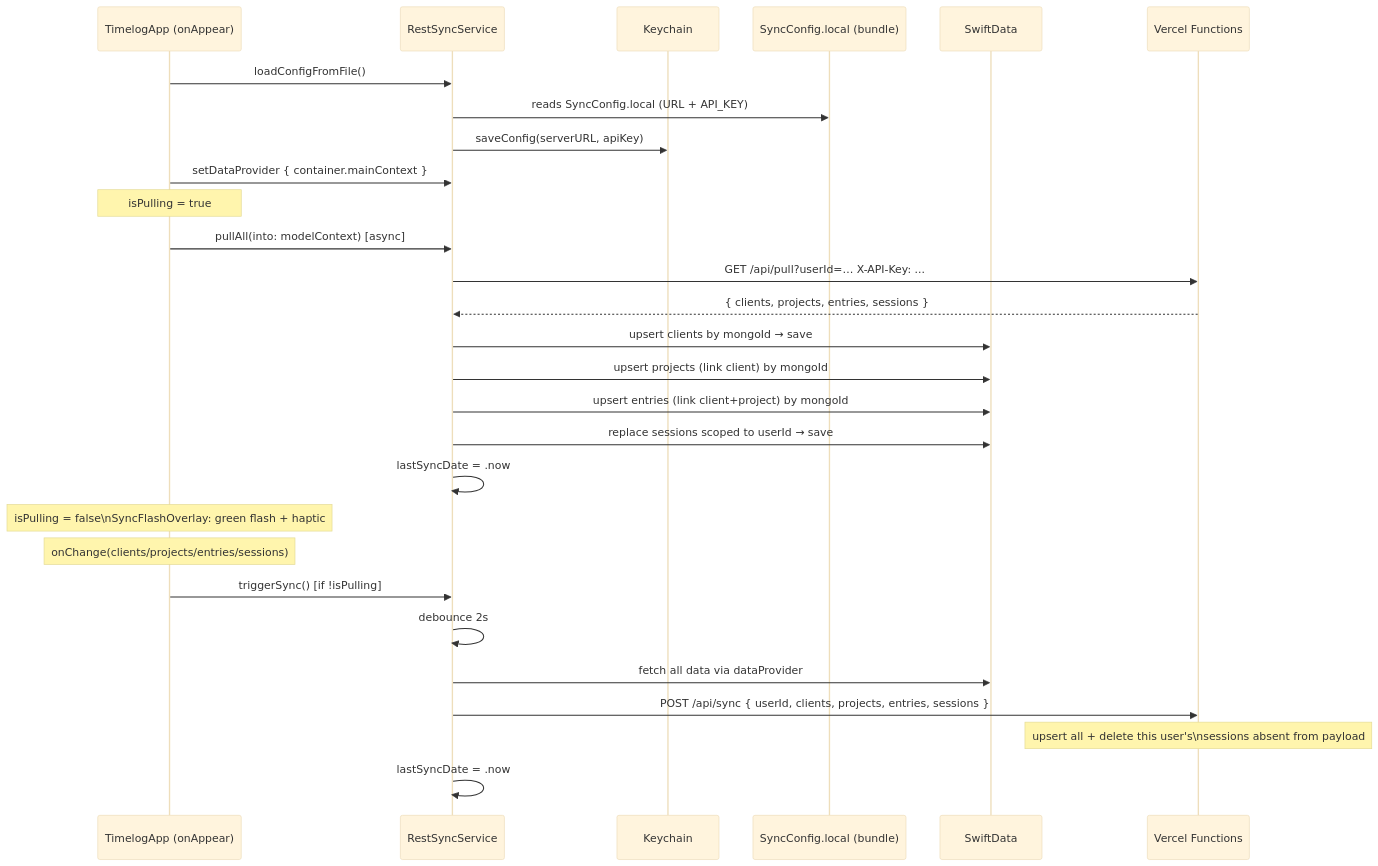
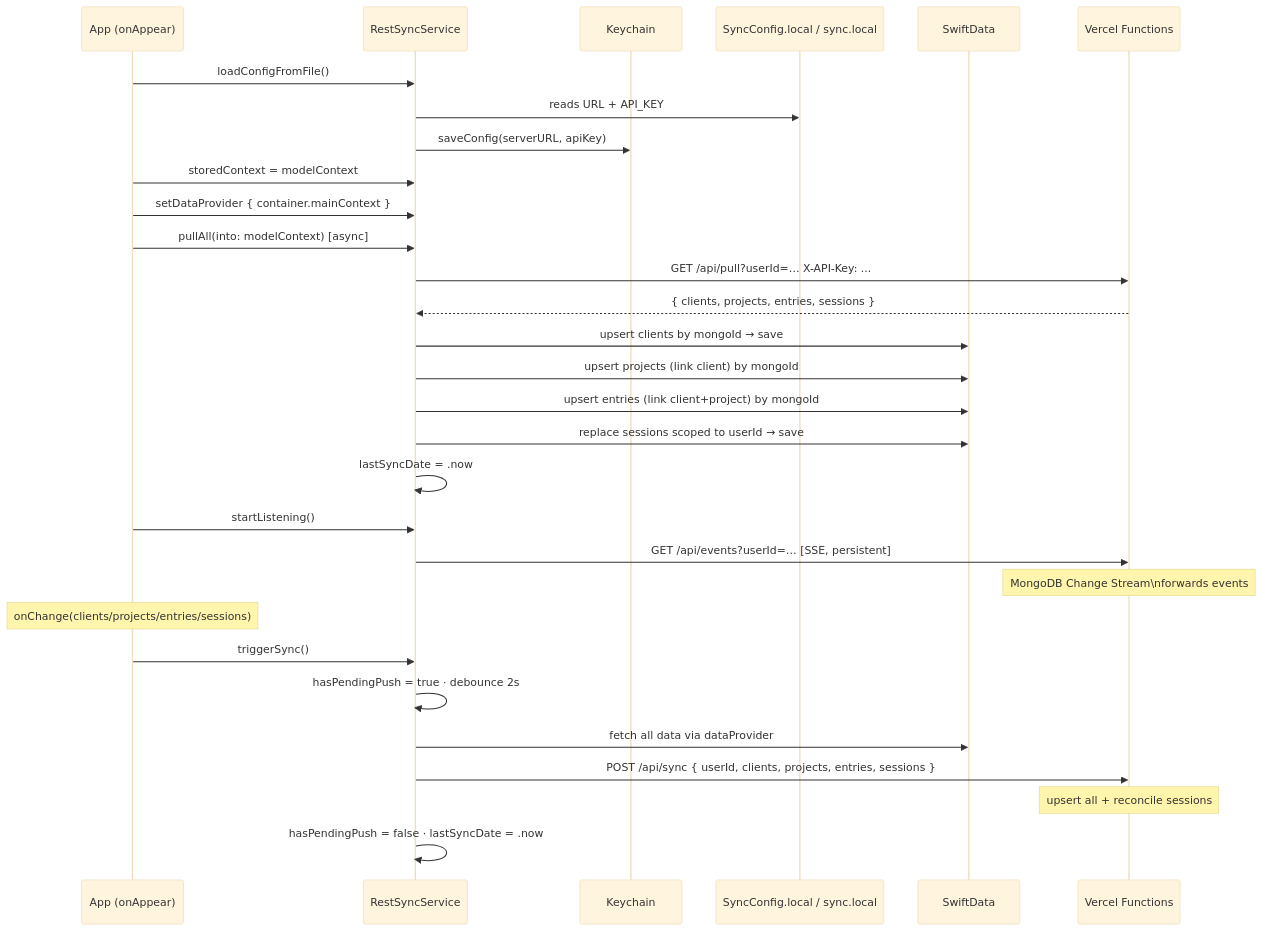
One commit to albertobarrago/timelog changed the third of 10 diagrams in docs/03-flows.md. Above: the diagram before and after it, drawn with Mermaid (base theme). The commit also changed other lines of this file and 26 other files, not shown here.

First line of the commit message:
feat(sync): replace MongoKitten with unified SSE-based sync

````diff
--- a/docs/03-flows.md
+++ b/docs/03-flows.md
@@ -53,35 +53,38 @@
 ```mermaid
 sequenceDiagram
-    participant App as TimelogApp (onAppear)
+    participant App as App (onAppear)
     participant RSS as RestSyncService
     participant KCH as Keychain
-    participant File as SyncConfig.local (bundle)
+    participant File as SyncConfig.local / sync.local
     participant SD as SwiftData
     participant VCL as Vercel Functions
 
     App->>RSS: loadConfigFromFile()
-    RSS->>File: reads SyncConfig.local (URL + API_KEY)
+    RSS->>File: reads URL + API_KEY
     RSS->>KCH: saveConfig(serverURL, apiKey)
 
+    App->>RSS: storedContext = modelContext
     App->>RSS: setDataProvider { container.mainContext }
-    Note over App: isPulling = true
 
     App->>RSS: pullAll(into: modelContext) [async]
     RSS->>VCL: GET /api/pull?userId=…  X-API-Key: ...
     VCL-->>RSS: { clients, projects, entries, sessions }
 
     RSS->>SD: upsert clients by mongoId → save
     RSS->>SD: upsert projects (link client) by mongoId
     RSS->>SD: upsert entries (link client+project) by mongoId
     RSS->>SD: replace sessions scoped to userId → save
     RSS->>RSS: lastSyncDate = .now
-    Note over App: isPulling = false\nSyncFlashOverlay: green flash + haptic
+
+    App->>RSS: startListening()
+    RSS->>VCL: GET /api/events?userId=… [SSE, persistent]
+    Note over VCL: MongoDB Change Stream\nforwards events
 
     Note over App: onChange(clients/projects/entries/sessions)
-    App->>RSS: triggerSync() [if !isPulling]
-    RSS->>RSS: debounce 2s
+    App->>RSS: triggerSync()
+    RSS->>RSS: hasPendingPush = true · debounce 2s
     RSS->>SD: fetch all data via dataProvider
     RSS->>VCL: POST /api/sync { userId, clients, projects, entries, sessions }
-    Note over VCL: upsert all + delete this user's\nsessions absent from payload
-    RSS->>RSS: lastSyncDate = .now
+    Note over VCL: upsert all + reconcile sessions
+    RSS->>RSS: hasPendingPush = false · lastSyncDate = .now
 ```
````
